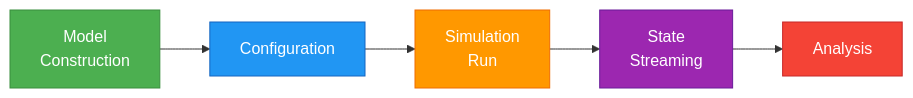
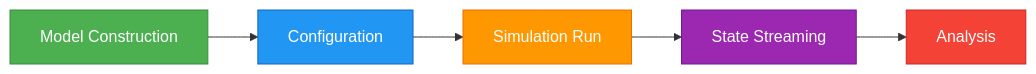
One commit to ti-oluwa/bores changed the diagram in docs/getting-started/concepts.md. Above: the diagram before and after it, drawn with Mermaid. The commit also changed other lines of this file and 62 other files, not shown here.

````diff
--- a/docs/getting-started/concepts.md
+++ b/docs/getting-started/concepts.md
@@ -21,13 +21,13 @@
 ```mermaid
 flowchart LR
-    A["Model\nConstruction"] --> B["Configuration"]
-    B --> C["Simulation\nRun"]
-    C --> D["State\nStreaming"]
+    A["Model Construction"] --> B["Configuration"]
+    B --> C["Simulation Run"]
+    C --> D["State Streaming"]
     D --> E["Analysis"]
 
     style A fill:#4CAF50,color:#fff,stroke:#388E3C
     style B fill:#2196F3,color:#fff,stroke:#1565C0
     style C fill:#FF9800,color:#fff,stroke:#EF6C00
     style D fill:#9C27B0,color:#fff,stroke:#6A1B9A
     style E fill:#F44336,color:#fff,stroke:#C62828
 ```
````
